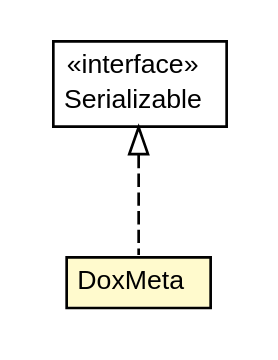
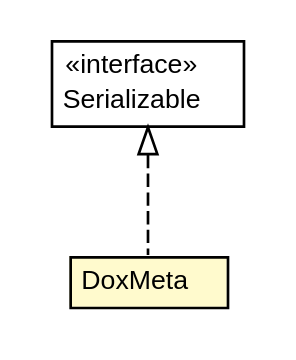
The diagram in doxdb-core/apidocs/net/trajano/doxdb/DoxMeta.dot (trajano/doxdb), drawn with Graphviz before and after one commit. The commit also changed 227 other files, not shown here.

```diff
--- a/doxdb-core/apidocs/net/trajano/doxdb/DoxMeta.dot
+++ b/doxdb-core/apidocs/net/trajano/doxdb/DoxMeta.dot
@@ -1,27 +1,27 @@
 #!/usr/local/bin/dot
 #
 # Class diagram 
 # Generated by UMLGraph version R5_6-24-gf6e263 (http://www.umlgraph.org/)
 #
 
 digraph G {
-	edge [fontname="arial",fontsize=10,labelfontname="arial",labelfontsize=10];
-	node [fontname="arial",fontsize=10,shape=plaintext];
+	edge [fontname="Helvetica",fontsize=10,labelfontname="Helvetica",labelfontsize=10];
+	node [fontname="Helvetica",fontsize=10,shape=plaintext];
 	nodesep=0.25;
 	ranksep=0.5;
 	// net.trajano.doxdb.DoxMeta
-	c257 [label=<<table title="net.trajano.doxdb.DoxMeta" border="0" cellborder="1" cellspacing="0" cellpadding="2" port="p" bgcolor="lemonChiffon" href="./DoxMeta.html">
+	c256 [label=<<table title="net.trajano.doxdb.DoxMeta" border="0" cellborder="1" cellspacing="0" cellpadding="2" port="p" bgcolor="lemonChiffon" href="./DoxMeta.html">
 		<tr><td><table border="0" cellspacing="0" cellpadding="1">
 <tr><td align="center" balign="center"> DoxMeta </td></tr>
 		</table></td></tr>
-		</table>>, URL="./DoxMeta.html", fontname="arial", fontcolor="black", fontsize=10.0];
+		</table>>, URL="./DoxMeta.html", fontname="Helvetica", fontcolor="black", fontsize=10.0];
 	//net.trajano.doxdb.DoxMeta implements java.io.Serializable
-	c276:p -> c257:p [dir=back,arrowtail=empty,style=dashed];
+	c276:p -> c256:p [dir=back,arrowtail=empty,style=dashed];
 	// java.io.Serializable
 	c276 [label=<<table title="java.io.Serializable" border="0" cellborder="1" cellspacing="0" cellpadding="2" port="p" href="http://java.sun.com/j2se/1.4.2/docs/api/java/io/Serializable.html">
 		<tr><td><table border="0" cellspacing="0" cellpadding="1">
 <tr><td align="center" balign="center"> &#171;interface&#187; </td></tr>
 <tr><td align="center" balign="center"> Serializable </td></tr>
 		</table></td></tr>
-		</table>>, URL="http://java.sun.com/j2se/1.4.2/docs/api/java/io/Serializable.html", fontname="arial", fontcolor="black", fontsize=10.0];
+		</table>>, URL="http://java.sun.com/j2se/1.4.2/docs/api/java/io/Serializable.html", fontname="Helvetica", fontcolor="black", fontsize=10.0];
 }
```
